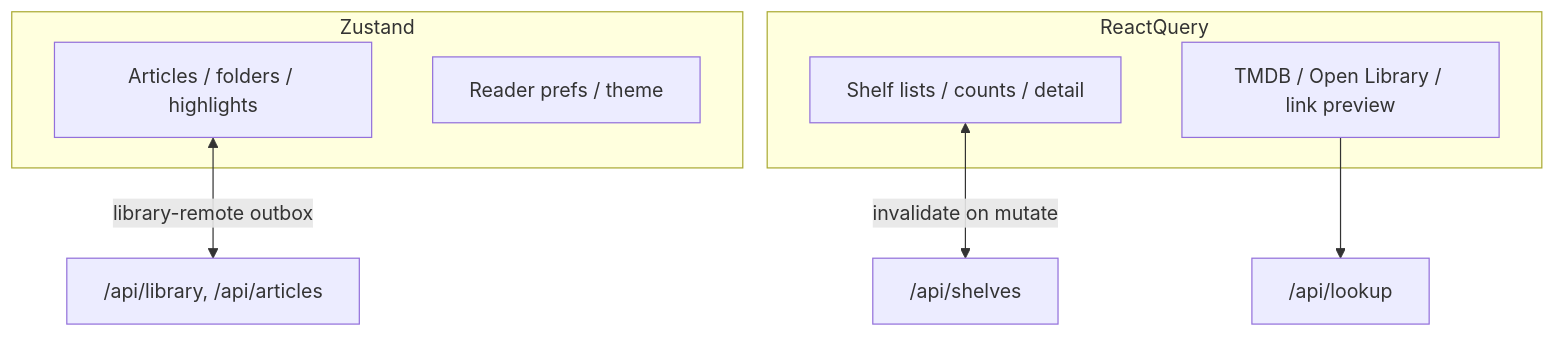
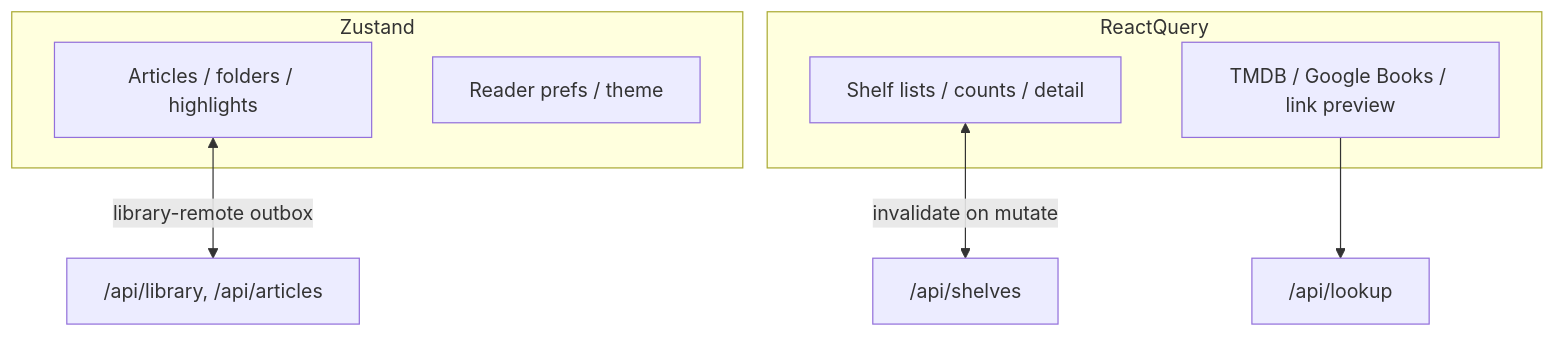
Before and after one commit to SahilFruitwala/kami: the fourth of 9 diagrams in docs/ARCHITECTURE.md, drawn with Mermaid. The commit also changed other lines of this file and 19 other files, not shown here.

First line of the commit message:
Use Google Books as the primary book lookup

````diff
--- a/docs/ARCHITECTURE.md
+++ b/docs/ARCHITECTURE.md
@@ -159,16 +159,16 @@
 ```mermaid
 flowchart TB
   subgraph Zustand
     Lib[Articles / folders / highlights]
     Prefs[Reader prefs / theme]
   end
 
   subgraph ReactQuery
     Shelf[Shelf lists / counts / detail]
-    Lookup[TMDB / Open Library / link preview]
+    Lookup[TMDB / Google Books / link preview]
   end
 
   Lib <-->|library-remote outbox| SF1["/api/library, /api/articles"]
   Shelf <-->|invalidate on mutate| SF3["/api/shelves"]
   Lookup --> SF4["/api/lookup"]
 ```
````
